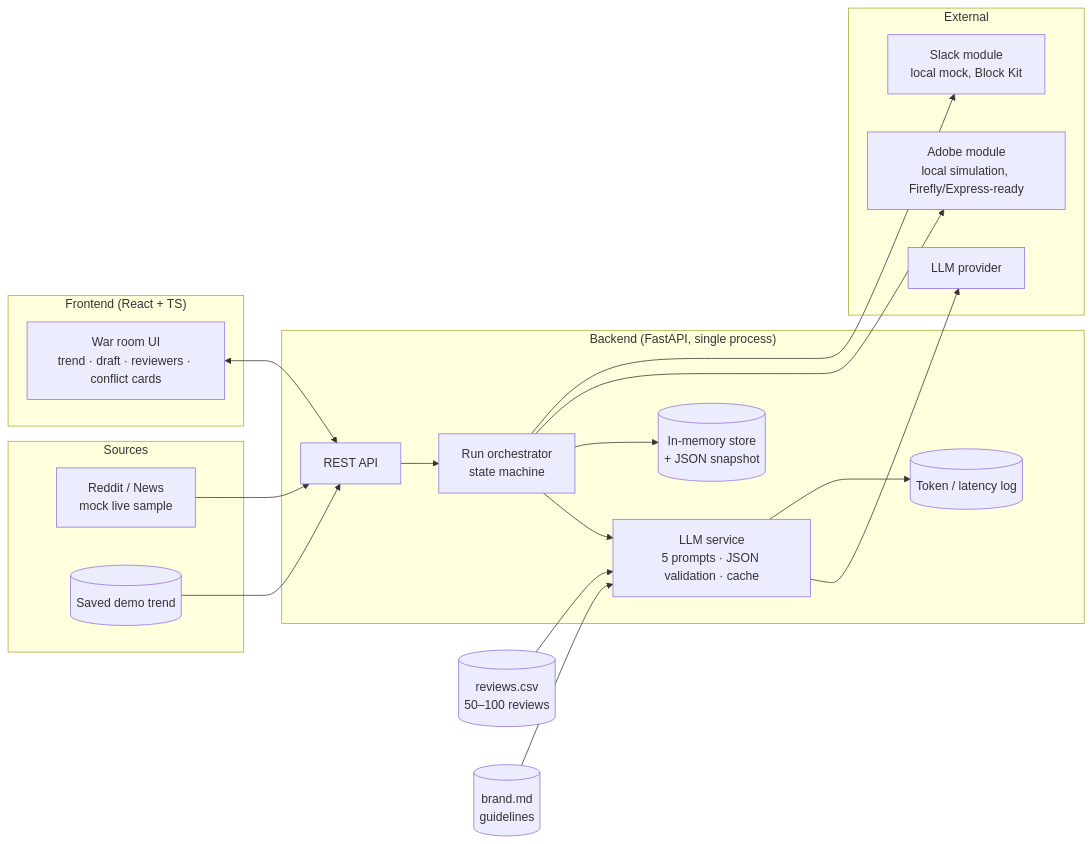
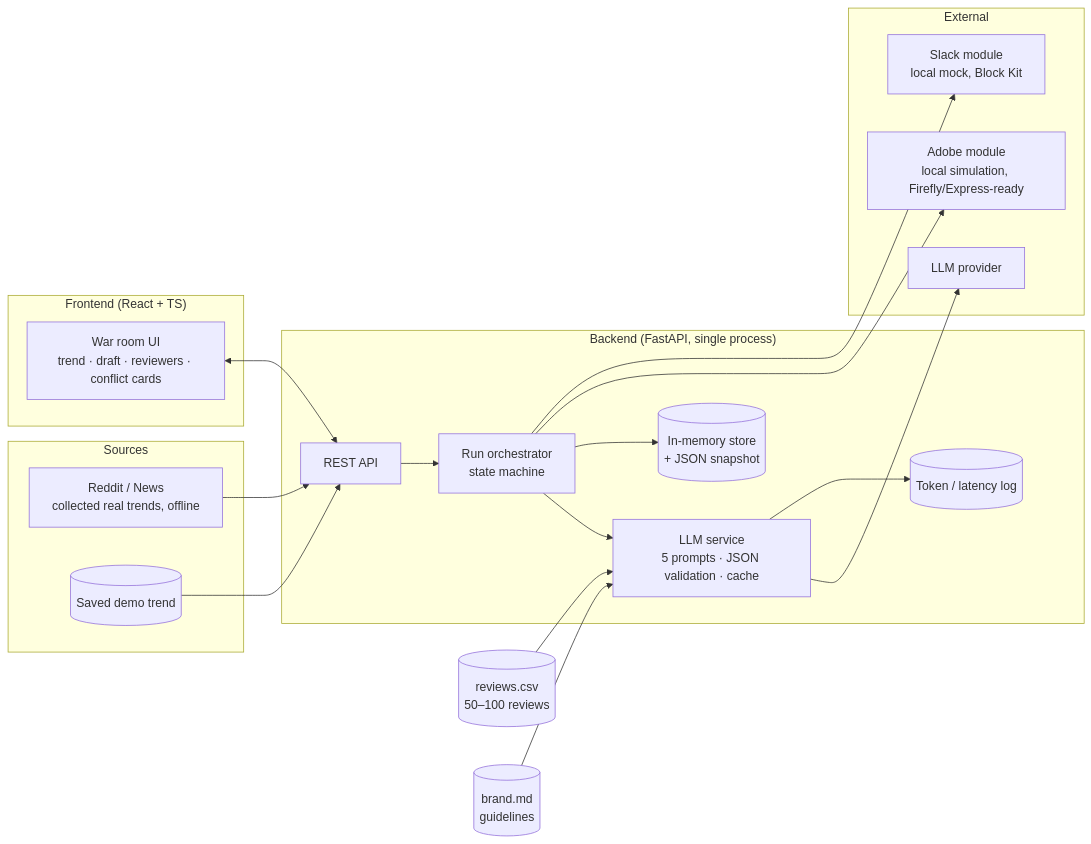
The first of 3 diagrams in ARCHITECTURE.md (stefan04com/AIdePLM), drawn with Mermaid before and after one commit. The commit also changed other lines of this file and 5 other files, not shown here.

First line of the commit message:
feat(trends): live mock reads real trends collected from the web

````diff
--- a/ARCHITECTURE.md
+++ b/ARCHITECTURE.md
@@ -27,41 +27,41 @@
 ```mermaid
 flowchart LR
     subgraph Sources
-        R["Reddit / News<br/>mock live sample"]
+        R["Reddit / News<br/>collected real trends, offline"]
         S[(Saved demo trend)]
     end
 
     subgraph Frontend["Frontend (React + TS)"]
         UI[War room UI<br/>trend · draft · reviewers · conflict cards]
     end
 
     subgraph Backend["Backend (FastAPI, single process)"]
         API[REST API]
         ORCH[Run orchestrator<br/>state machine]
         LLM[LLM service<br/>5 prompts · JSON validation · cache]
         STORE[(In-memory store<br/>+ JSON snapshot)]
         LOG[(Token / latency log)]
     end
 
     subgraph External
         MODEL[LLM provider]
         AD["Adobe module<br/>local simulation, Firefly/Express-ready"]
         SL["Slack module<br/>local mock, Block Kit"]
     end
 
     CSV[(reviews.csv<br/>50–100 reviews)]
     BRAND[(brand.md<br/>guidelines)]
 
     R --> API
     S --> API
     UI <--> API
     API --> ORCH
     ORCH --> LLM
     LLM --> MODEL
     LLM --> LOG
     ORCH --> STORE
     ORCH --> AD
     ORCH --> SL
     CSV --> LLM
     BRAND --> LLM
 ```
````
